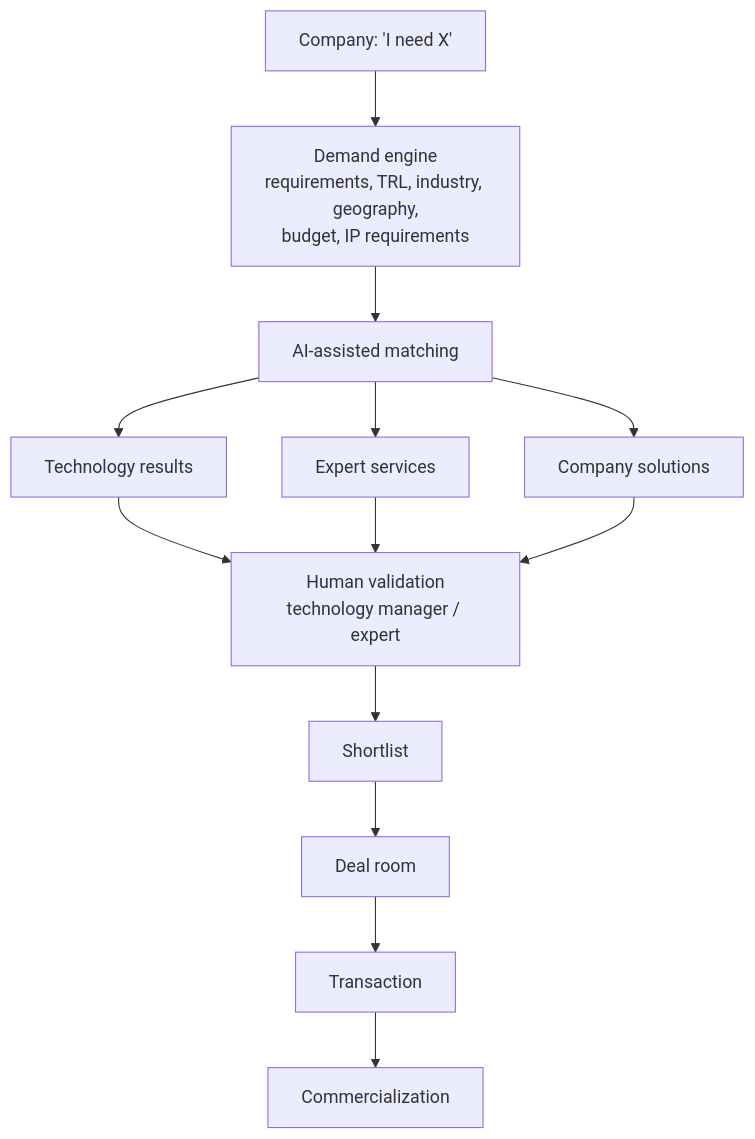
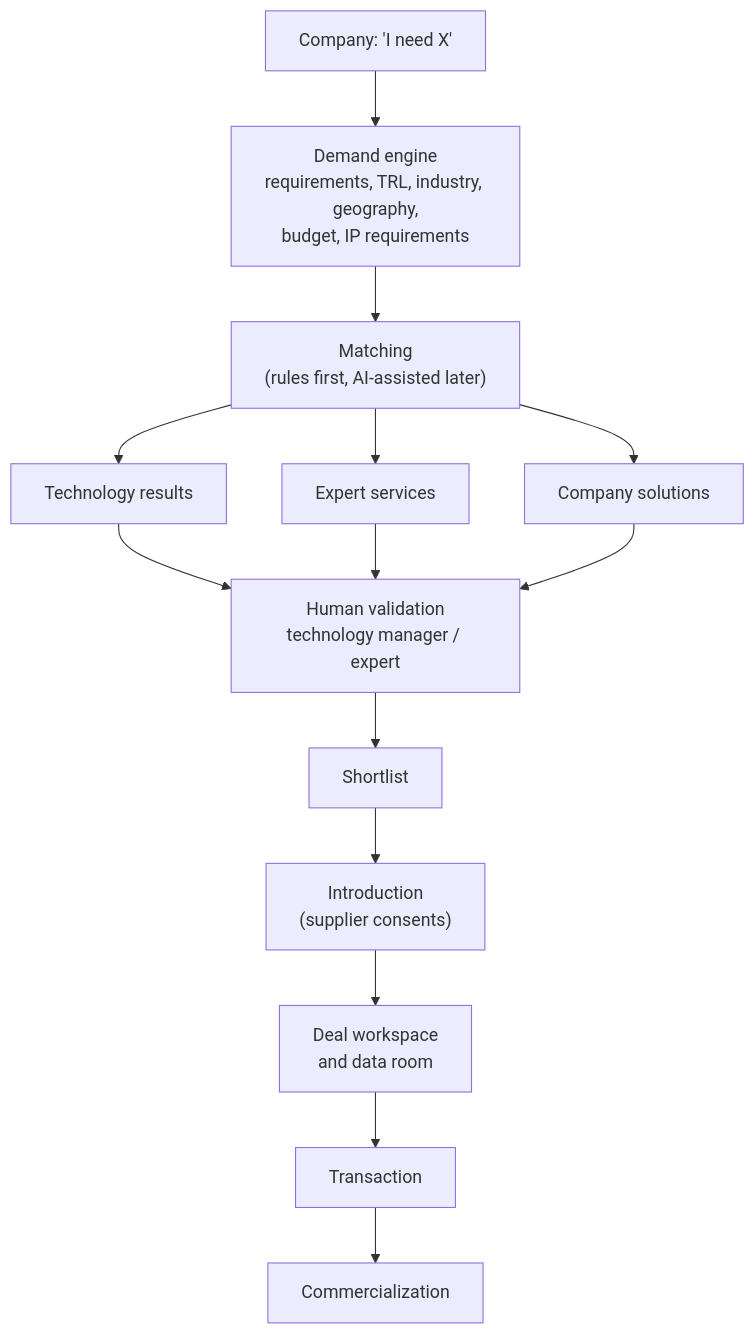
Before and after one commit to greensoft-atom/tex-platform: the fourth of 9 diagrams in 04-product-strategy.md, drawn with Mermaid. The commit also changed other lines of this file and 615 other files, not shown here.

````diff
--- a/04-product-strategy.md
+++ b/04-product-strategy.md
@@ -102,15 +113,16 @@
 ```mermaid
 flowchart TD
     CO["Company: 'I need X'"] --> DE["Demand engine<br/>requirements, TRL, industry, geography,<br/>budget, IP requirements"]
-    DE --> AI["AI-assisted matching"]
+    DE --> AI["Matching<br/>(rules first, AI-assisted later)"]
     AI --> R1["Technology results"]
     AI --> R2["Expert services"]
     AI --> R3["Company solutions"]
     R1 --> HV["Human validation<br/>technology manager / expert"]
     R2 --> HV
     R3 --> HV
     HV --> SL["Shortlist"]
-    SL --> DR["Deal room"]
+    SL --> IN["Introduction<br/>(supplier consents)"]
+    IN --> DR["Deal workspace<br/>and data room"]
     DR --> TX["Transaction"]
     TX --> CM["Commercialization"]
 ```
````
